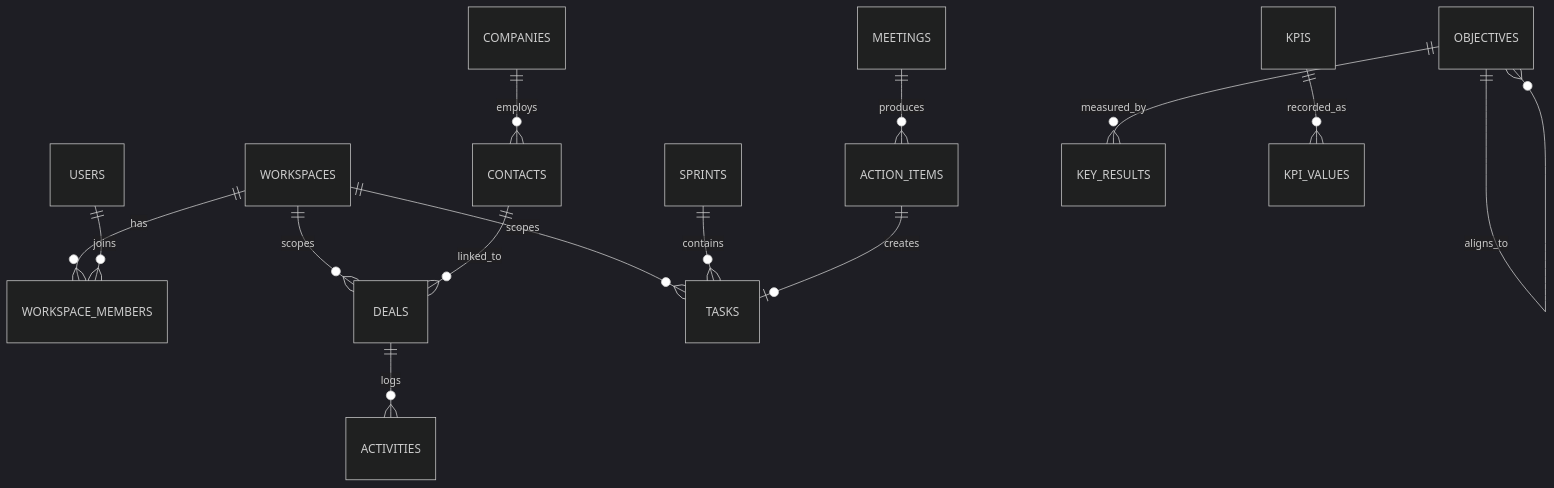
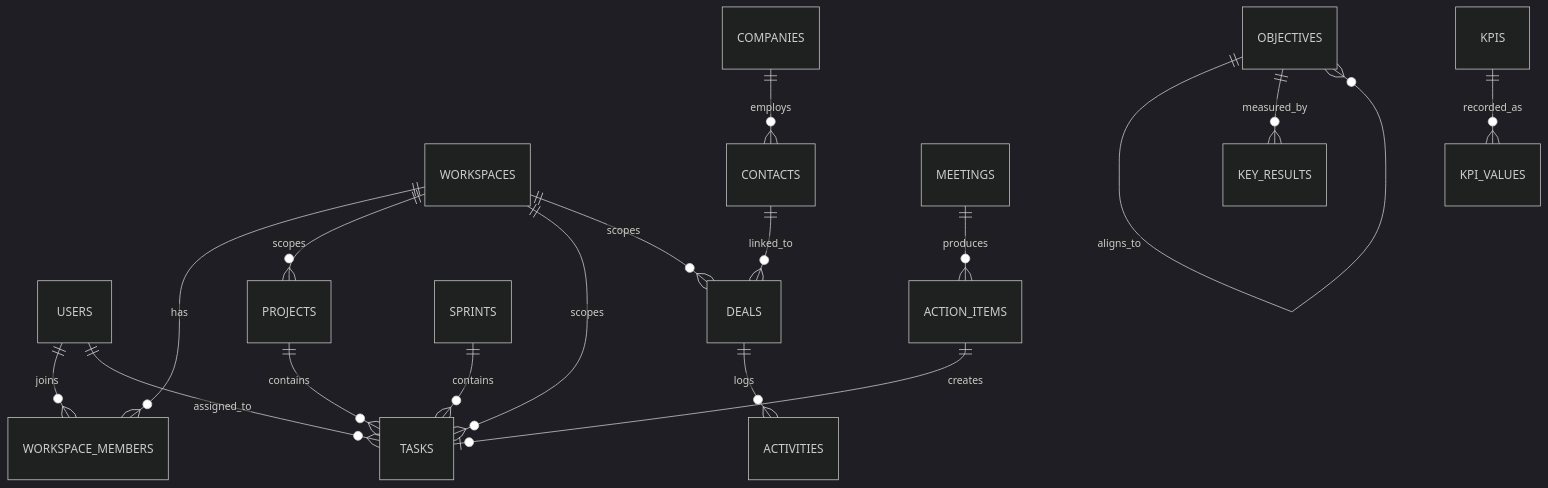
One commit to Dapo-dan/foundryhq changed the second of 2 diagrams in docs/database.md. Above: the diagram before and after it, drawn with Mermaid (dark theme). The commit also changed other lines of this file, not shown here.

````diff
--- a/docs/database.md
+++ b/docs/database.md
@@ -154,16 +260,19 @@
 ```mermaid
 erDiagram
     WORKSPACES ||--o{ WORKSPACE_MEMBERS : has
     USERS ||--o{ WORKSPACE_MEMBERS : joins
+    WORKSPACES ||--o{ PROJECTS : scopes
+    WORKSPACES ||--o{ TASKS : scopes
+    PROJECTS ||--o{ TASKS : contains
+    USERS ||--o{ TASKS : assigned_to
     WORKSPACES ||--o{ DEALS : scopes
-    WORKSPACES ||--o{ TASKS : scopes
     COMPANIES ||--o{ CONTACTS : employs
     CONTACTS ||--o{ DEALS : linked_to
     DEALS ||--o{ ACTIVITIES : logs
     SPRINTS ||--o{ TASKS : contains
     MEETINGS ||--o{ ACTION_ITEMS : produces
     ACTION_ITEMS ||--o| TASKS : creates
     OBJECTIVES ||--o{ OBJECTIVES : aligns_to
     OBJECTIVES ||--o{ KEY_RESULTS : measured_by
     KPIS ||--o{ KPI_VALUES : recorded_as
 ```
````
